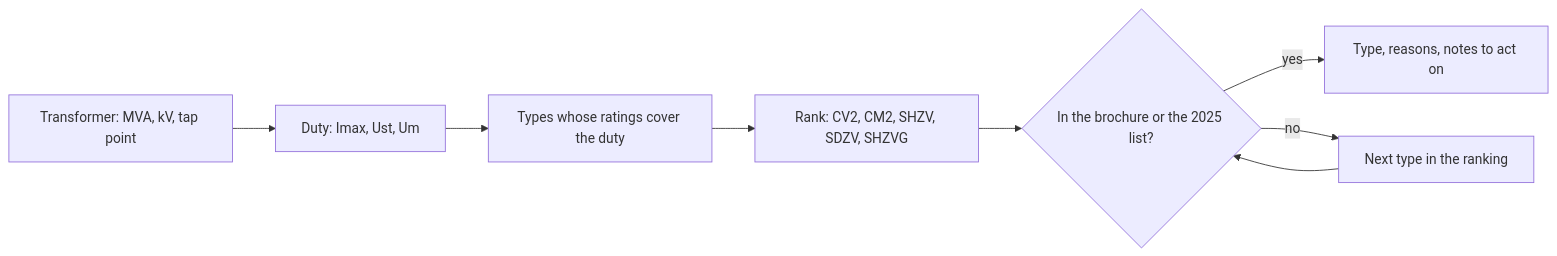
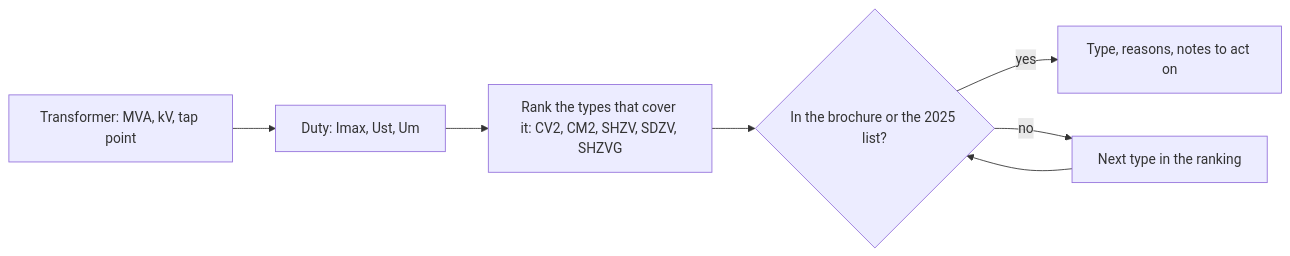
Before and after one commit to erict16/oltc-selector: the diagram in README.md, drawn with Mermaid. The commit also changed 1 other file, not shown here.

Commit message:
README: shorter flow chart

````diff
--- a/README.md
+++ b/README.md
@@ -140,10 +140,9 @@
 ```mermaid
 flowchart LR
   A["Transformer: MVA, kV, tap point"] --> B["Duty: Imax, Ust, Um"]
-  B --> C["Types whose ratings cover the duty"]
-  C --> D["Rank: CV2, CM2, SHZV, SDZV, SHZVG"]
+  B --> D["Rank the types that cover it: CV2, CM2, SHZV, SDZV, SHZVG"]
   D --> E{"In the brochure or the 2025 list?"}
   E -- yes --> F["Type, reasons, notes to act on"]
   E -- no --> G["Next type in the ranking"]
   G --> E
 ```
````
